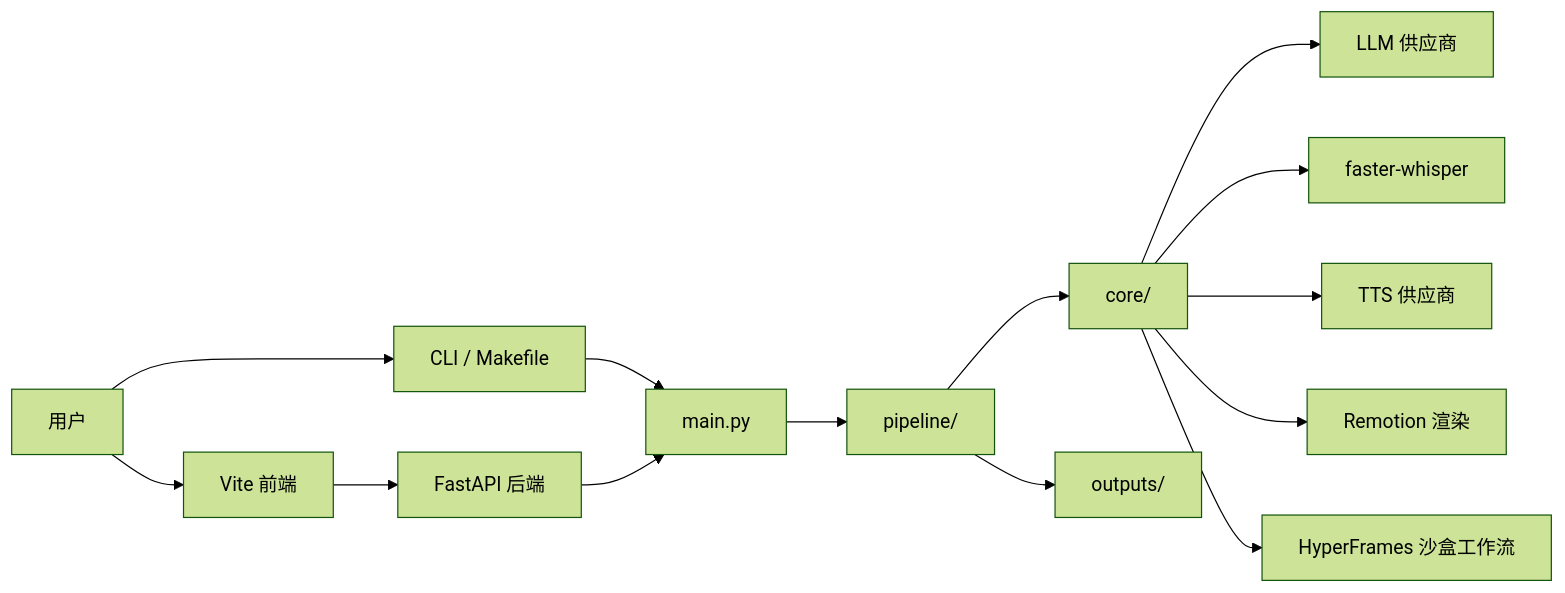
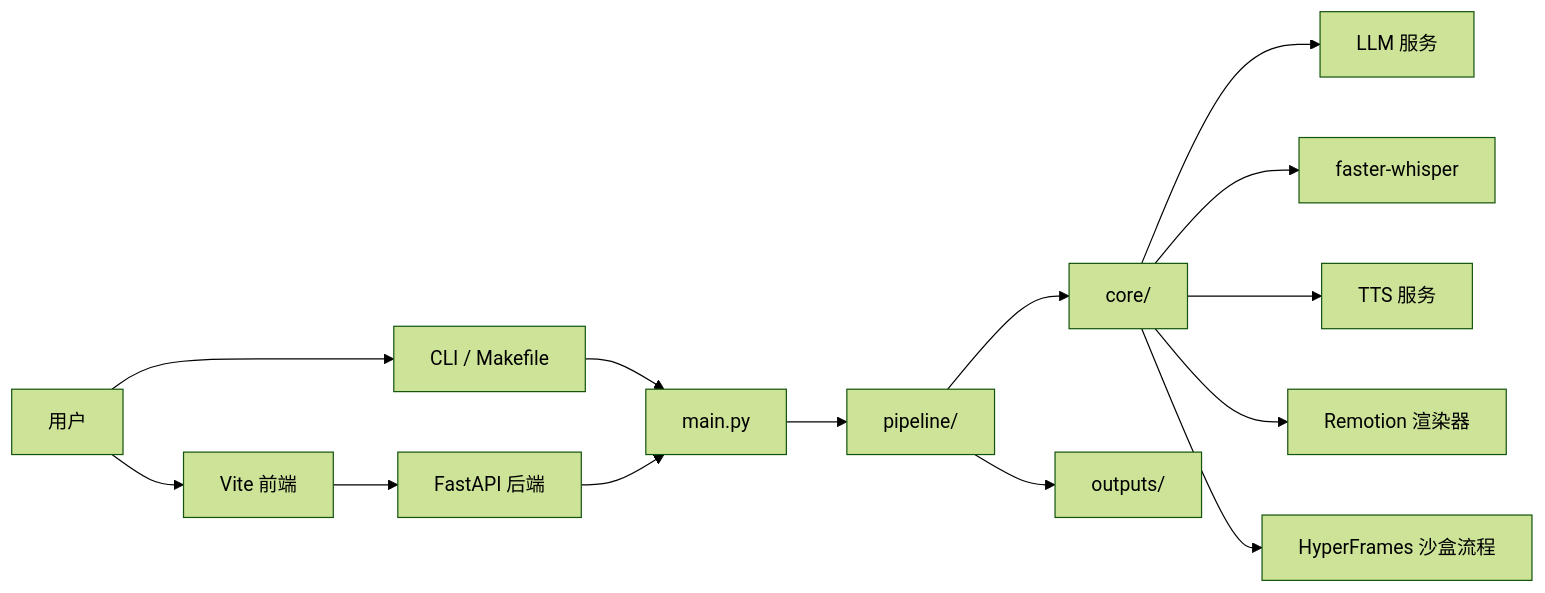
Before and after one commit to zonixl/ai-video-generator: the first of 2 diagrams in docs/ARCHITECTURE.zh-CN.md, drawn with Mermaid (forest theme). The commit also changed other lines of this file and 11 other files, not shown here.

````diff
--- a/docs/ARCHITECTURE.zh-CN.md
+++ b/docs/ARCHITECTURE.zh-CN.md
@@ -7,16 +7,16 @@
 ```mermaid
 flowchart LR
   User["用户"] --> Frontend["Vite 前端"]
   User --> CLI["CLI / Makefile"]
   Frontend --> API["FastAPI 后端"]
   CLI --> Main["main.py"]
   API --> Main
   Main --> Pipeline["pipeline/"]
   Pipeline --> Core["core/"]
-  Core --> Models["LLM 供应商"]
+  Core --> Models["LLM 服务"]
   Core --> STT["faster-whisper"]
-  Core --> TTS["TTS 供应商"]
-  Core --> Remotion["Remotion 渲染"]
-  Core --> HyperFrames["HyperFrames 沙盒工作流"]
+  Core --> TTS["TTS 服务"]
+  Core --> Remotion["Remotion 渲染器"]
+  Core --> HyperFrames["HyperFrames 沙盒流程"]
   Pipeline --> Outputs["outputs/"]
 ```
````
